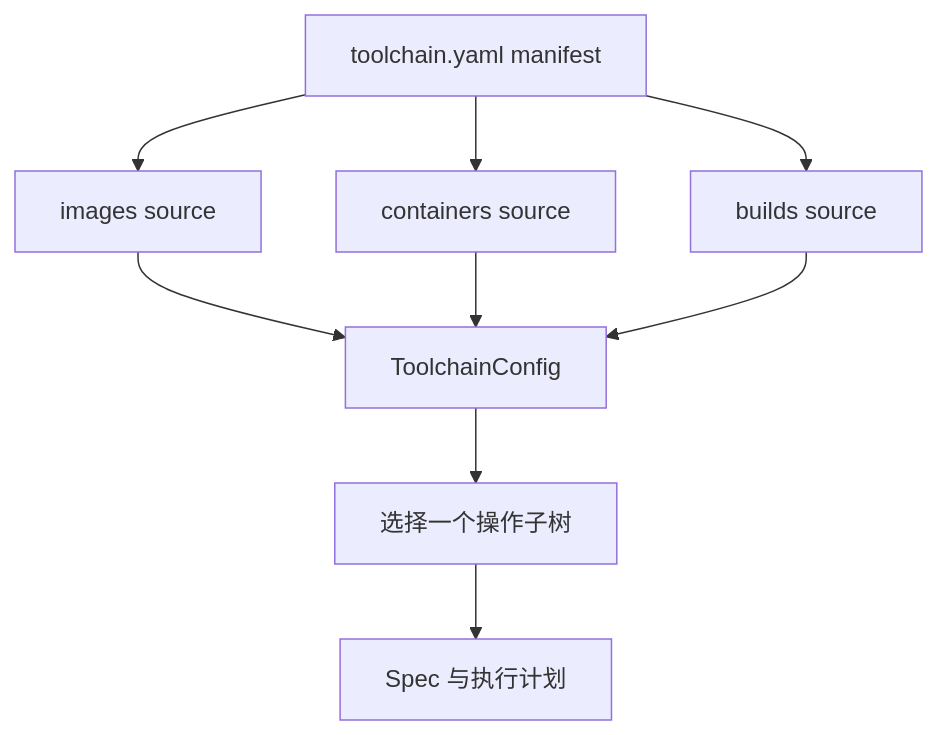
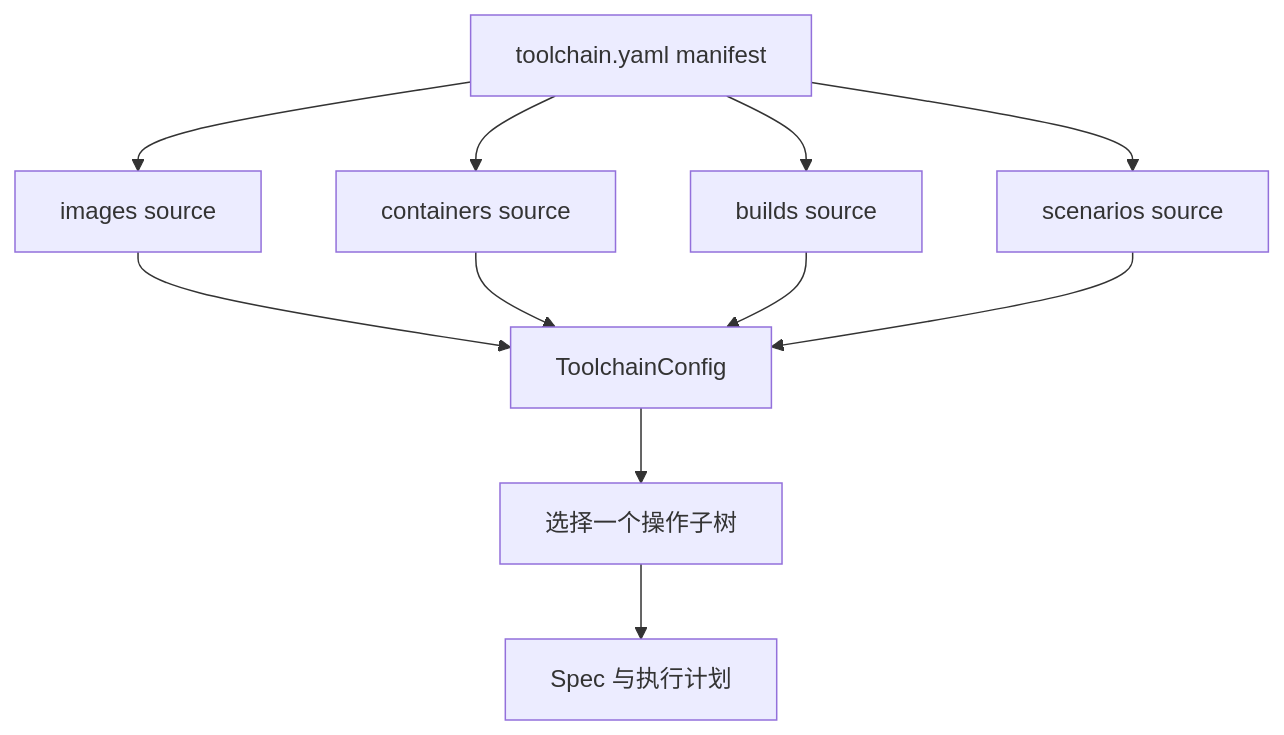
One commit to zz990099/Rigyard changed the first of 2 diagrams in docs/architecture.md. Above: the diagram before and after it, drawn with Mermaid. The commit also changed other lines of this file and 35 other files, not shown here.

````diff
--- a/docs/architecture.md
+++ b/docs/architecture.md
@@ -7,11 +7,13 @@
 ```mermaid
 flowchart TD
     A[toolchain.yaml manifest] --> B[images source]
     A --> C[containers source]
     A --> G[builds source]
+    A --> H[scenarios source]
     B --> D[ToolchainConfig]
     C --> D
     G --> D
+    H --> D
     D --> E[选择一个操作子树]
     E --> F[Spec 与执行计划]
 ```
````
